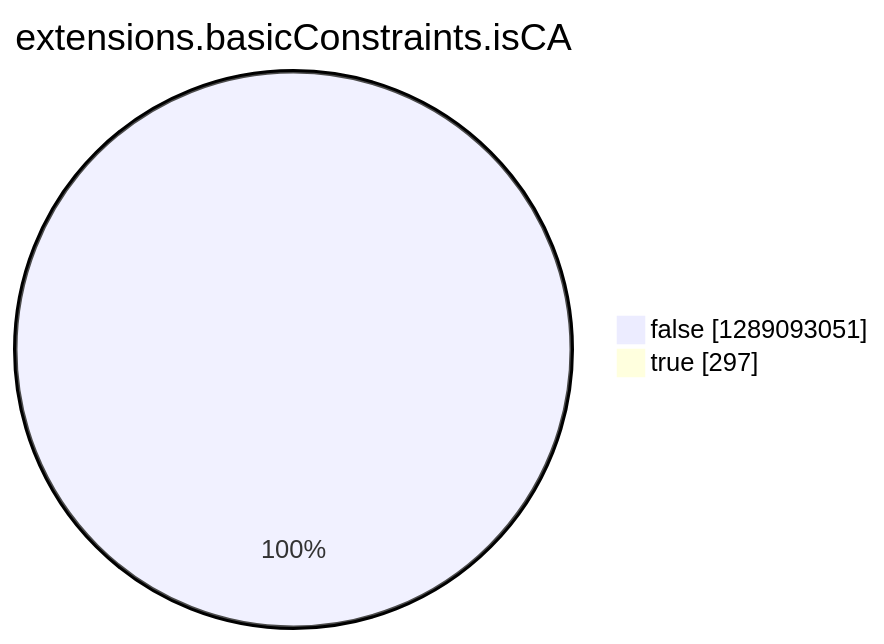
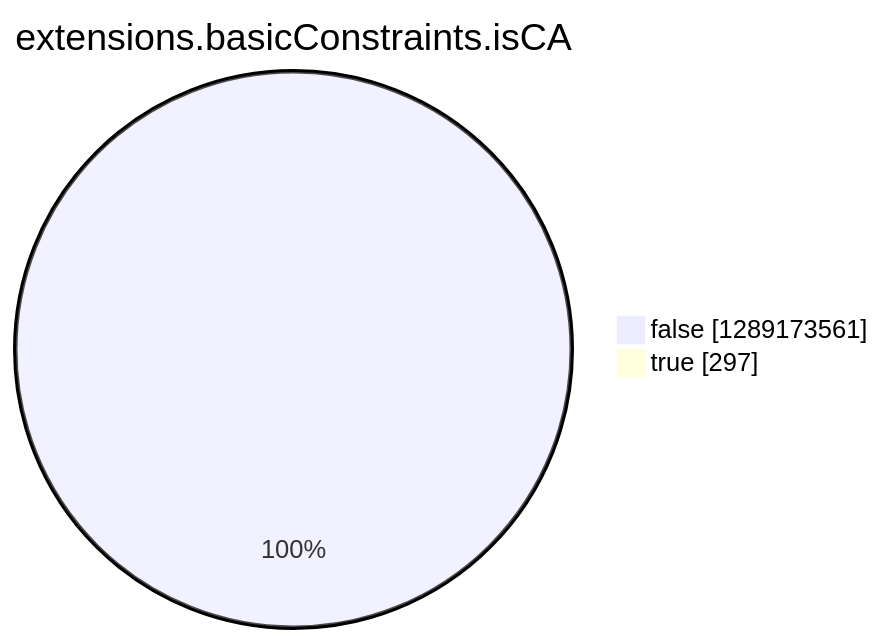
One commit to christiankrug/ctmonitor_visualization changed the eighth of 15 diagrams in argon2022/README.md. Above: the diagram before and after it, drawn with Mermaid. The commit also changed other lines of this file, not shown here.

````diff
--- a/argon2022/README.md
+++ b/argon2022/README.md
@@ -2755,6 +2756,6 @@
 ```mermaid
 pie showData
 title extensions.basicConstraints.isCA
-"false" :1289093051
+"false" :1289173561
 "true" :297
 ```
````
